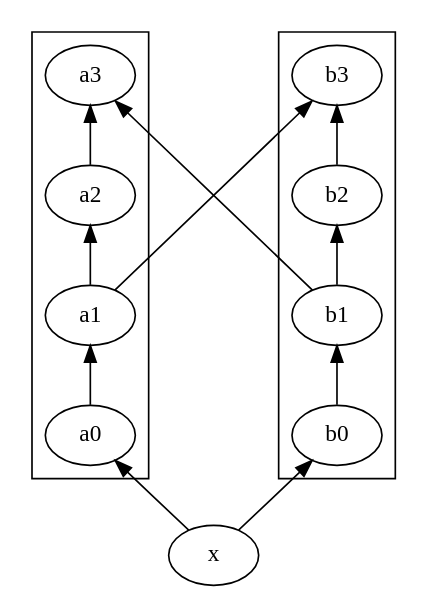
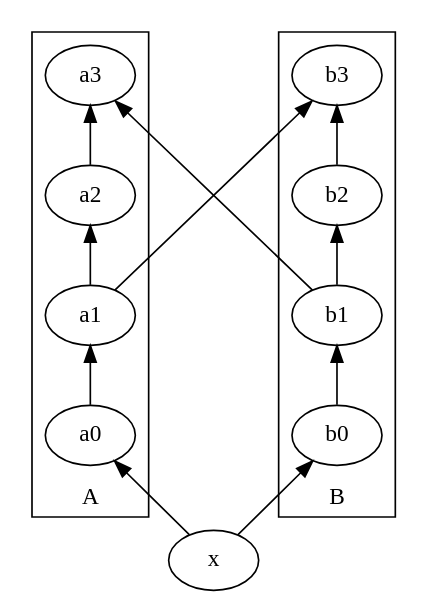
Before and after one commit to dfeich/org-babel-examples: the third of 19 diagrams in graphviz/graphviz-babel.org, drawn with Graphviz. The commit also changed other lines of this file, not shown here.

```diff
--- a/graphviz/graphviz-babel.org
+++ b/graphviz/graphviz-babel.org
@@ -116,11 +122,13 @@
-  #+BEGIN_SRC dot :file fig/clust3.png :exports both
-digraph G {
-rankdir=BT;
-subgraph cluster_c0 {a0 -> a1 -> a2 -> a3;}
-subgraph cluster_c1 {b0 -> b1 -> b2 -> b3;}
-x -> a0;
-x -> b0;
-a1 -> b3;
-b1 -> a3;
-}
-  #+END_SRC
+   #+BEGIN_SRC dot :file fig/clust3.png :exports both
+     digraph G {
+     rankdir=BT;
+     subgraph cluster_c0 {label="A"
+             a0 -> a1 -> a2 -> a3;}
+     subgraph cluster_c1 {label="B"
+             b0 -> b1 -> b2 -> b3;}
+     x -> a0;
+     x -> b0;
+     a1 -> b3;
+     b1 -> a3;
+     }
+   #+END_SRC
```
